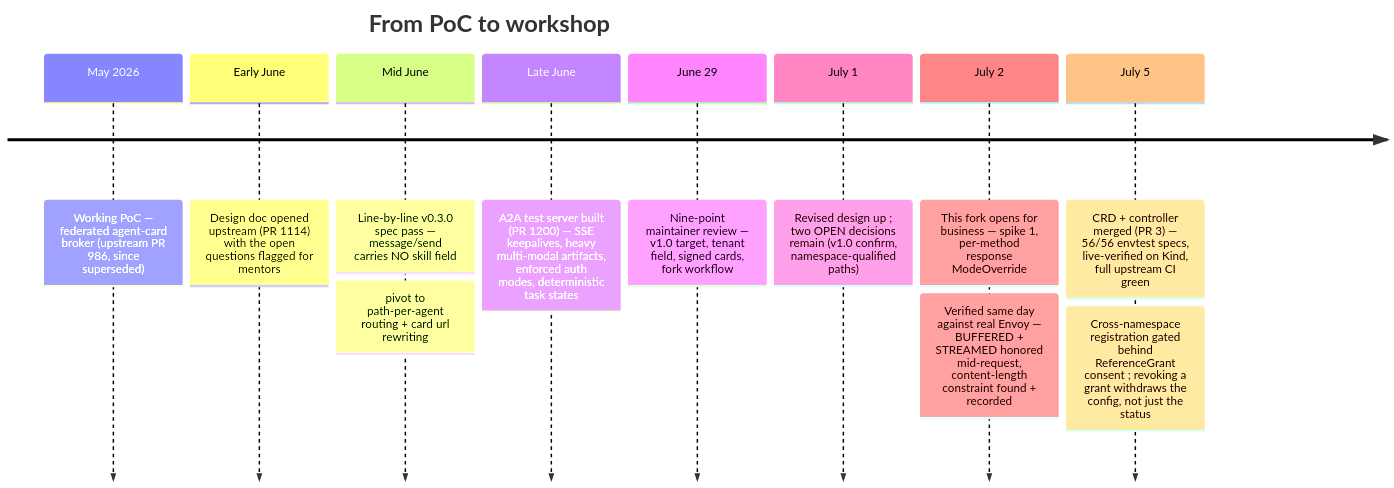
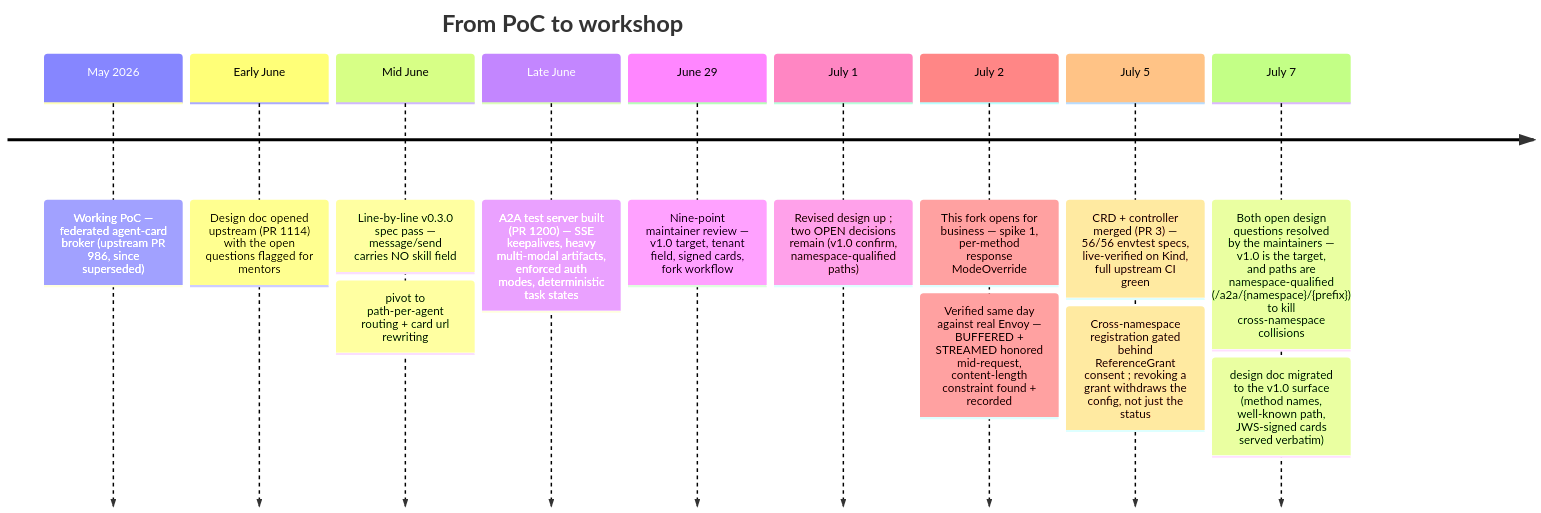
The fourth of 5 diagrams in README.md (Aman-Cool/mcp-gateway), drawn with Mermaid before and after one commit. The commit also changed other lines of this file, not shown here.

Commit message:
docs: update readme with v1.0 target and namespace-qualified paths

````diff
--- a/README.md
+++ b/README.md
@@ -119,12 +120,13 @@
 ```mermaid
 timeline
     title From PoC to workshop
     May 2026 : Working PoC — federated agent-card broker (upstream PR 986, since superseded)
     Early June : Design doc opened upstream (PR 1114) with the open questions flagged for mentors
     Mid June : Line-by-line v0.3.0 spec pass — message/send carries NO skill field : pivot to path-per-agent routing + card url rewriting
     Late June : A2A test server built (PR 1200) — SSE keepalives, heavy multi-modal artifacts, enforced auth modes, deterministic task states
     June 29 : Nine-point maintainer review — v1.0 target, tenant field, signed cards, fork workflow
     July 1 : Revised design up ; two OPEN decisions remain (v1.0 confirm, namespace-qualified paths)
     July 2 : This fork opens for business — spike 1, per-method response ModeOverride : Verified same day against real Envoy — BUFFERED + STREAMED honored mid-request, content-length constraint found + recorded
     July 5 : CRD + controller merged (PR 3) — 56/56 envtest specs, live-verified on Kind, full upstream CI green : Cross-namespace registration gated behind ReferenceGrant consent ; revoking a grant withdraws the config, not just the status
+    July 7 : Both open design questions resolved by the maintainers — v1.0 is the target, and paths are namespace-qualified (/a2a/{namespace}/{prefix}) to kill cross-namespace collisions : design doc migrated to the v1.0 surface (method names, well-known path, JWS-signed cards served verbatim)
 ```
````
